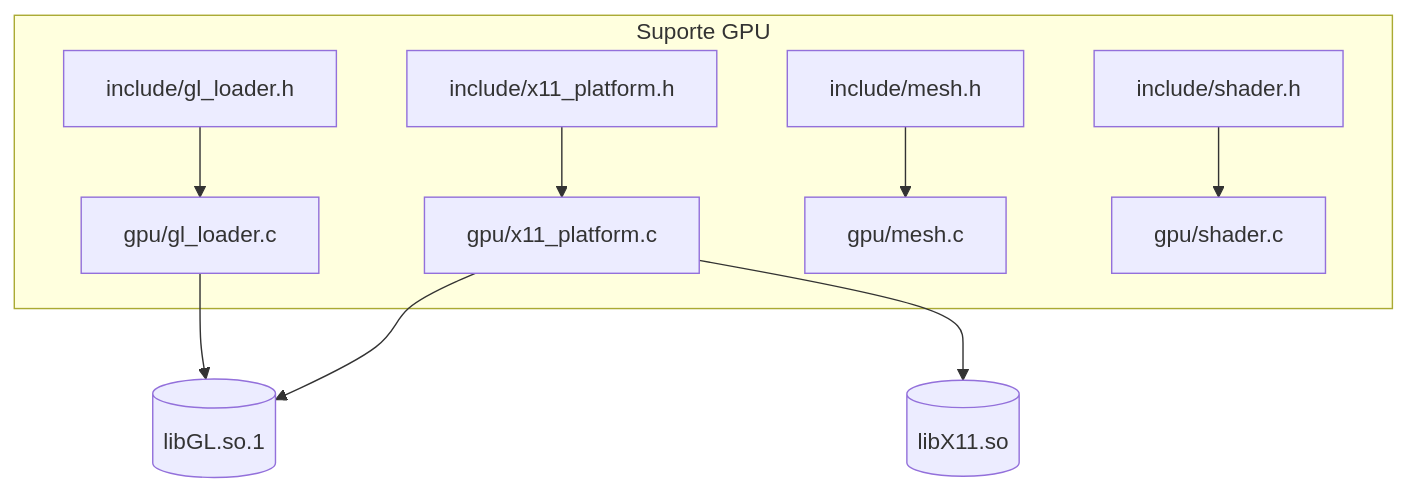
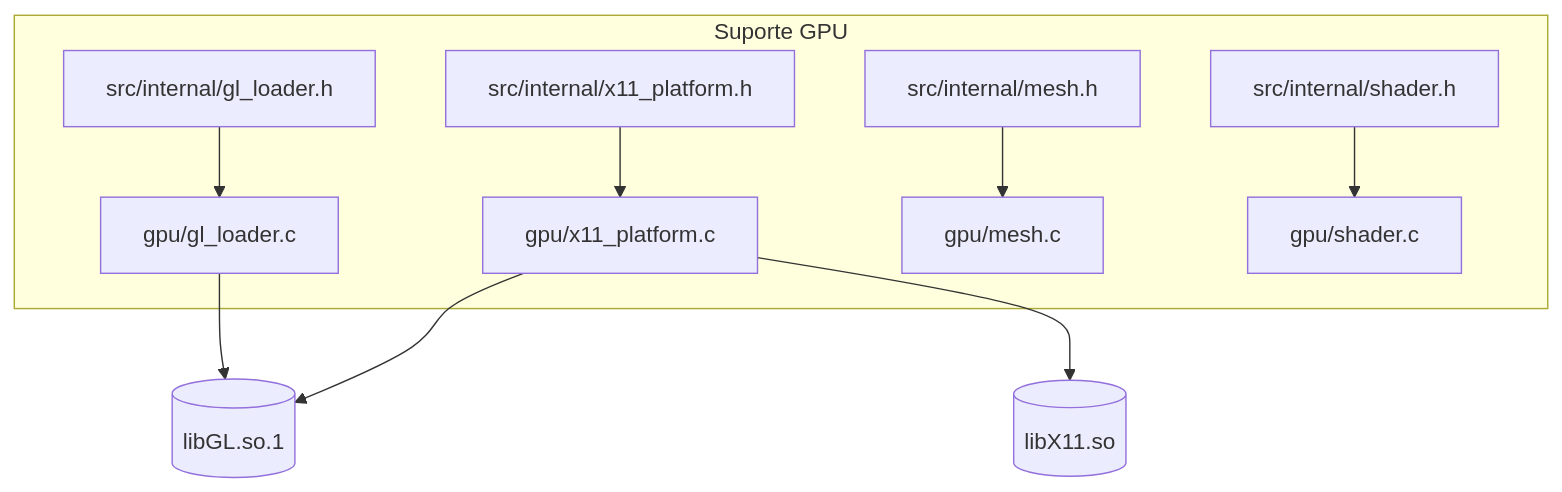
The fourth of 4 diagrams in README.md (Gabryel-lima/gfx), drawn with Mermaid before and after one commit. The commit also changed other lines of this file and 22 other files, not shown here.

First line of the commit message:
Refactor graphics module structure and add new functionalities

````diff
--- a/README.md
+++ b/README.md
@@ -133,22 +132,22 @@
 ```mermaid
 flowchart TD
   subgraph GPU["Suporte GPU"]
-    glapi[include/gl_loader.h]
-    x11api[include/x11_platform.h]
-    meshapi[include/mesh.h]
-    shaderapi[include/shader.h]
+    glapi[src/internal/gl_loader.h]
+    x11api[src/internal/x11_platform.h]
+    meshapi[src/internal/mesh.h]
+    shaderapi[src/internal/shader.h]
     glimpl[gpu/gl_loader.c]
     x11impl[gpu/x11_platform.c]
     meshimpl[gpu/mesh.c]
     shaderimpl[gpu/shader.c]
   end
 
   libgl[(libGL.so.1)]
   libx11[(libX11.so)]
 
   glapi --> glimpl --> libgl
   x11api --> x11impl --> libx11
   x11impl --> libgl
   meshapi --> meshimpl
   shaderapi --> shaderimpl
 ```
````
